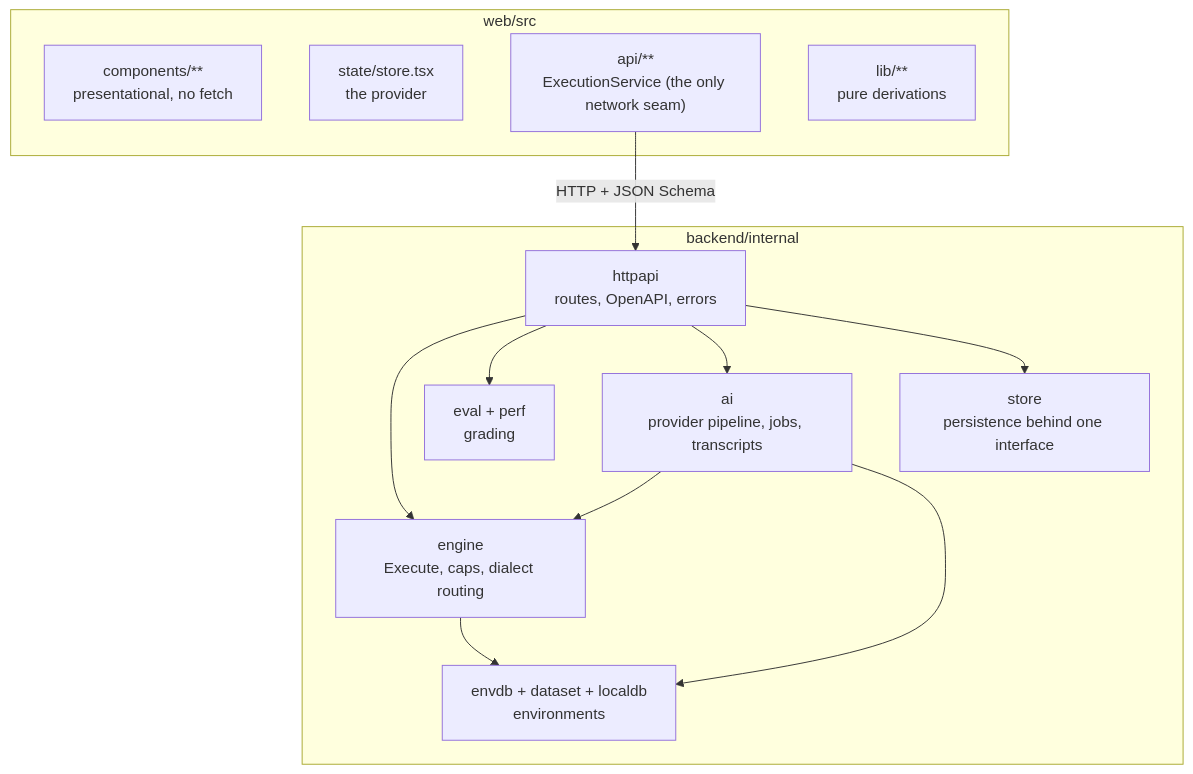
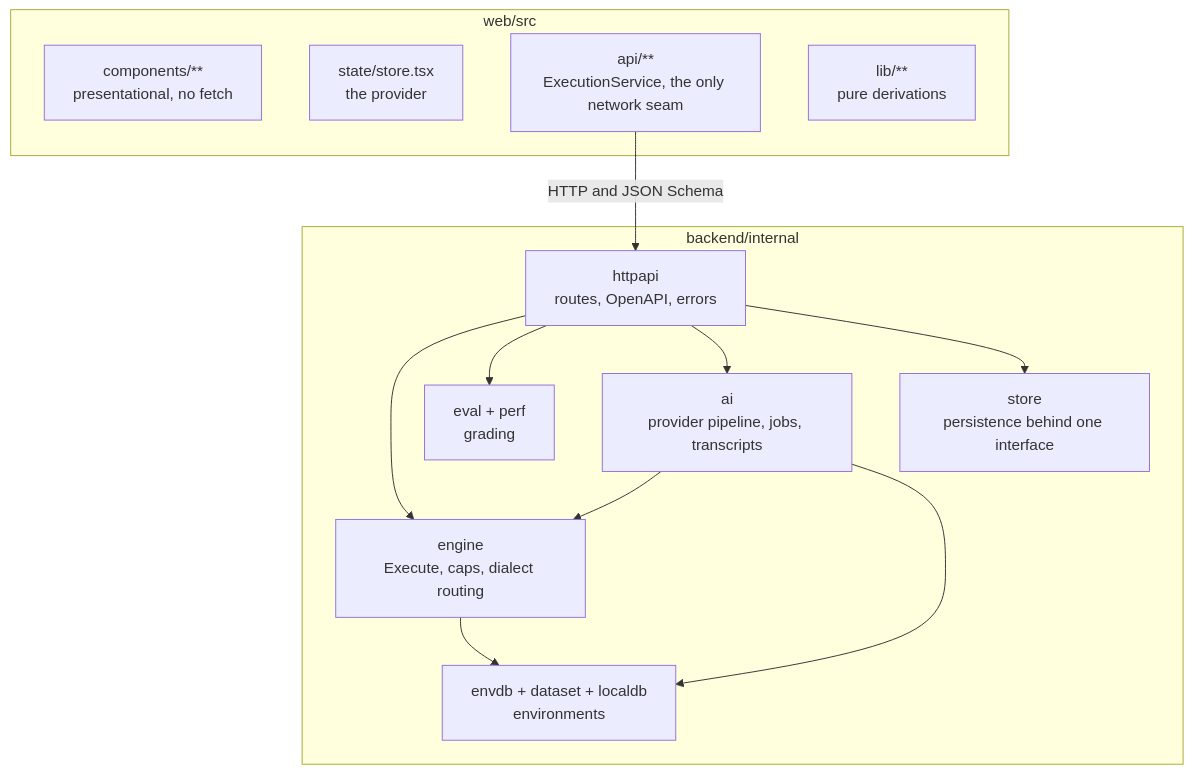
Before and after one commit to theakhandpatel/querycraft: the sixth of 8 diagrams in docs/architecture.md, drawn with Mermaid. The commit also changed other lines of this file and 21 other files, not shown here.

````diff
--- a/docs/architecture.md
+++ b/docs/architecture.md
@@ -219,25 +219,25 @@
 ```mermaid
 graph TD
   subgraph FE["web/src"]
     C1["components/**<br/>presentational, no fetch"]
     C2["state/store.tsx<br/>the provider"]
-    C3["api/**<br/>ExecutionService (the only network seam)"]
+    C3["api/**<br/>ExecutionService, the only network seam"]
     C4["lib/**<br/>pure derivations"]
   end
   subgraph BE["backend/internal"]
     B1["httpapi<br/>routes, OpenAPI, errors"]
     B2["engine<br/>Execute, caps, dialect routing"]
     B3["eval + perf<br/>grading"]
     B4["ai<br/>provider pipeline, jobs, transcripts"]
     B5["store<br/>persistence behind one interface"]
     B6["envdb + dataset + localdb<br/>environments"]
   end
-  C3 -->|"HTTP + JSON Schema"| B1
+  C3 -->|"HTTP and JSON Schema"| B1
   B1 --> B2
   B1 --> B3
   B1 --> B4
   B1 --> B5
   B4 --> B2
   B4 --> B6
   B2 --> B6
 ```
````
